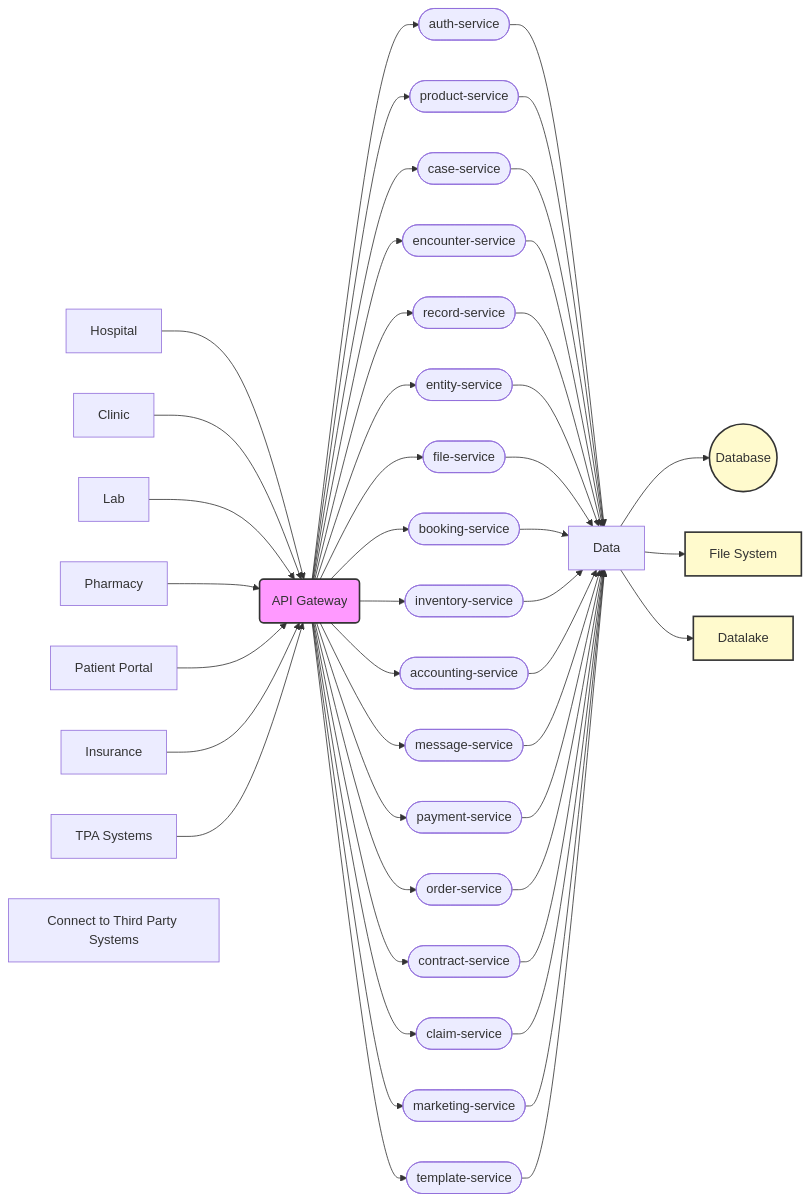
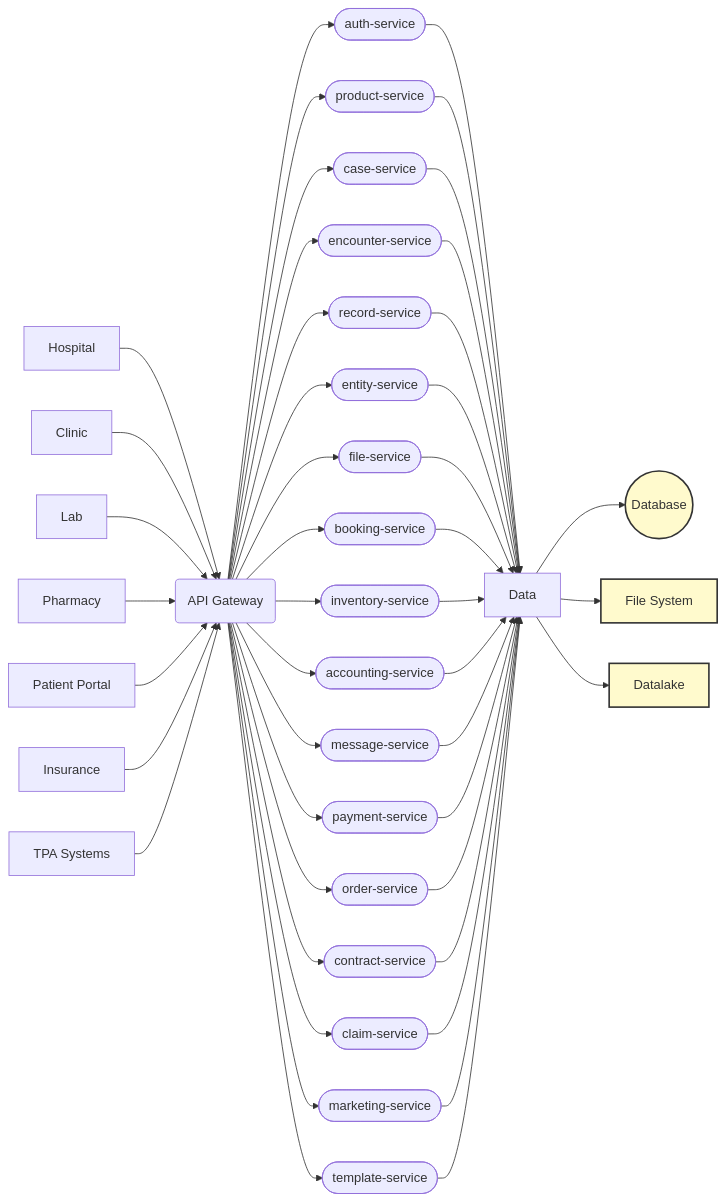
Before and after one commit to mazecare/.github: the first of 2 diagrams in INTEGRATION.md, drawn with Mermaid. The commit also changed other lines of this file, not shown here.

````diff
--- a/INTEGRATION.md
+++ b/INTEGRATION.md
@@ -37,51 +39,48 @@
 ```mermaid
 graph LR
     A1[Hospital] & A2[Clinic] & A3[Lab] & A4[Pharmacy] & A5[Patient Portal] & A6[Insurance] & A7[TPA Systems] --> B(API Gateway);
 
     B --> C1([auth-service]);
     B --> C2([product-service]);
     B --> C3([case-service]);
     B --> C4([encounter-service]);
     B --> C5([record-service]);
     B --> C6([entity-service]);
     B --> C7([file-service]);
     B --> C8([booking-service]);
     B --> C9([inventory-service]);
     B --> C10([accounting-service]);
     B --> C11([message-service]);
     B --> C12([payment-service]);
     B --> C13([order-service]);
     B --> C14([contract-service]);
     B --> C15([claim-service]);
     B --> C16([marketing-service]);
     B --> C17([template-service]);
 
     C1 --> D[Data];
     C2 --> D[Data];
     C3 --> D[Data];
     C4 --> D[Data];
     C5 --> D[Data];
     C6 --> D[Data];
     C7 --> D[Data];
     C8 --> D[Data];
     C9 --> D[Data];
     C10 --> D[Data];
     C11 --> D[Data];
     C12 --> D[Data];
     C13 --> D[Data];
     C14 --> D[Data];
     C15 --> D[Data];
     C16 --> D[Data];
     C17 --> D[Data];
 
     D --> D1((Database));
     D --> D2[File System];
     D --> D3[Datalake];
 
     style D1 fill:#fffacd,stroke:#333,stroke-width:2px;
     style D2 fill:#fffacd,stroke:#333,stroke-width:2px;
     style D3 fill:#fffacd,stroke:#333,stroke-width:2px;
-
-    E[Connect to Third Party Systems]
-    style B fill:#f9f,stroke:#333,stroke-width:2px;
 ```
````
